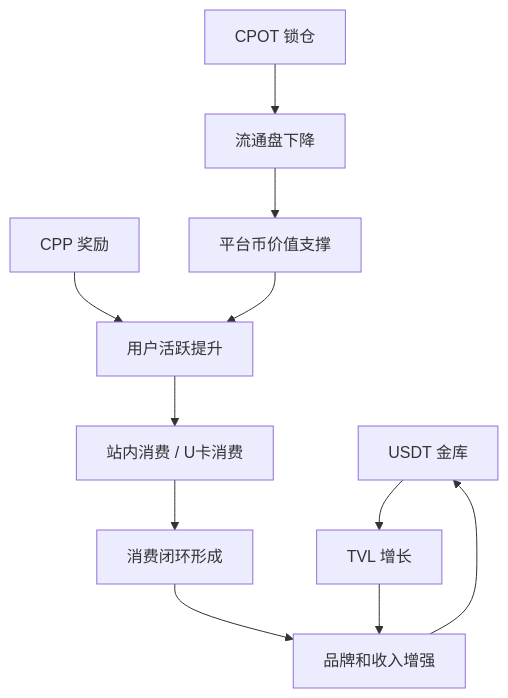
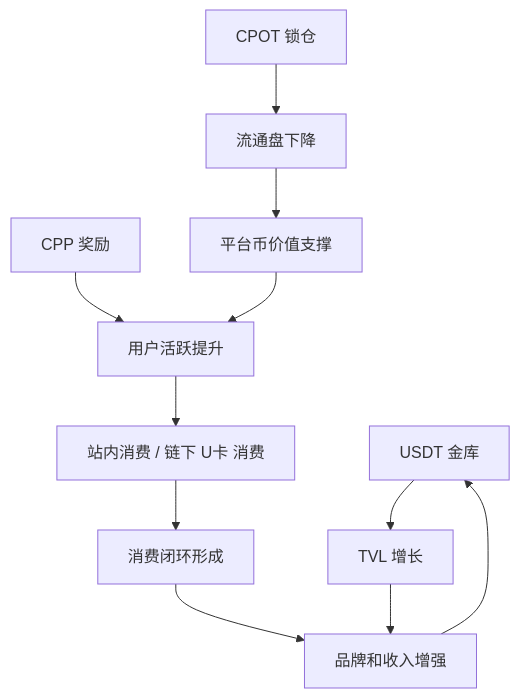
The second of 11 diagrams in docs/Chapool-TVL-Product-Design.md (chapool/account-abstraction), drawn with Mermaid before and after one commit. The commit also changed other lines of this file, not shown here.

````diff
--- a/docs/Chapool-TVL-Product-Design.md
+++ b/docs/Chapool-TVL-Product-Design.md
@@ -154,13 +154,13 @@
 ```mermaid
 flowchart TD
     A[USDT 金库] --> B[TVL 增长]
     C[CPOT 锁仓] --> D[流通盘下降]
     D --> E[平台币价值支撑]
     F[CPP 奖励] --> G[用户活跃提升]
-    G --> H[站内消费 / U卡消费]
+    G --> H[站内消费 / 链下 U卡 消费]
     H --> I[消费闭环形成]
     I --> J[品牌和收入增强]
     J --> A
     E --> G
     B --> J
 ```
````
